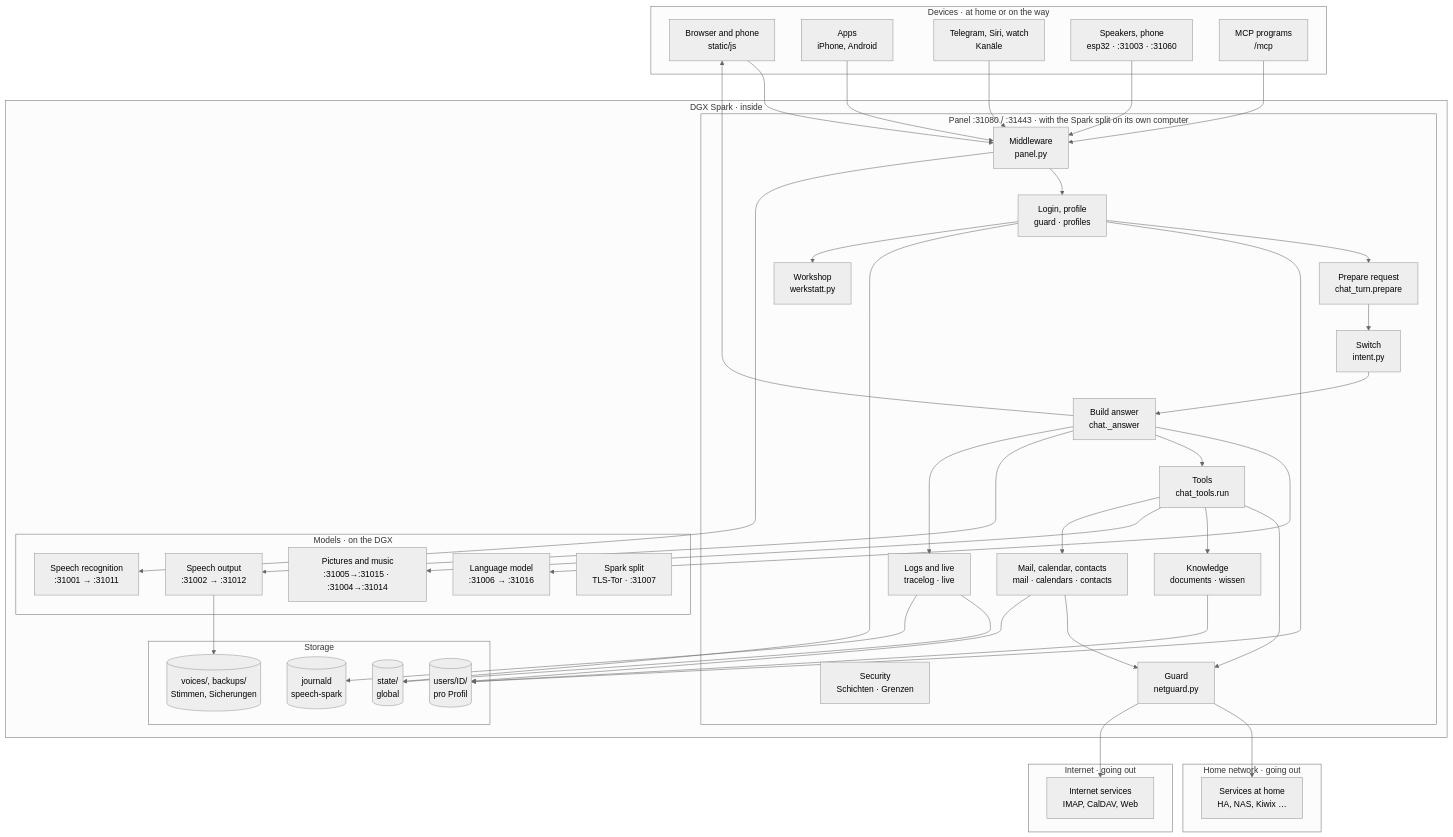
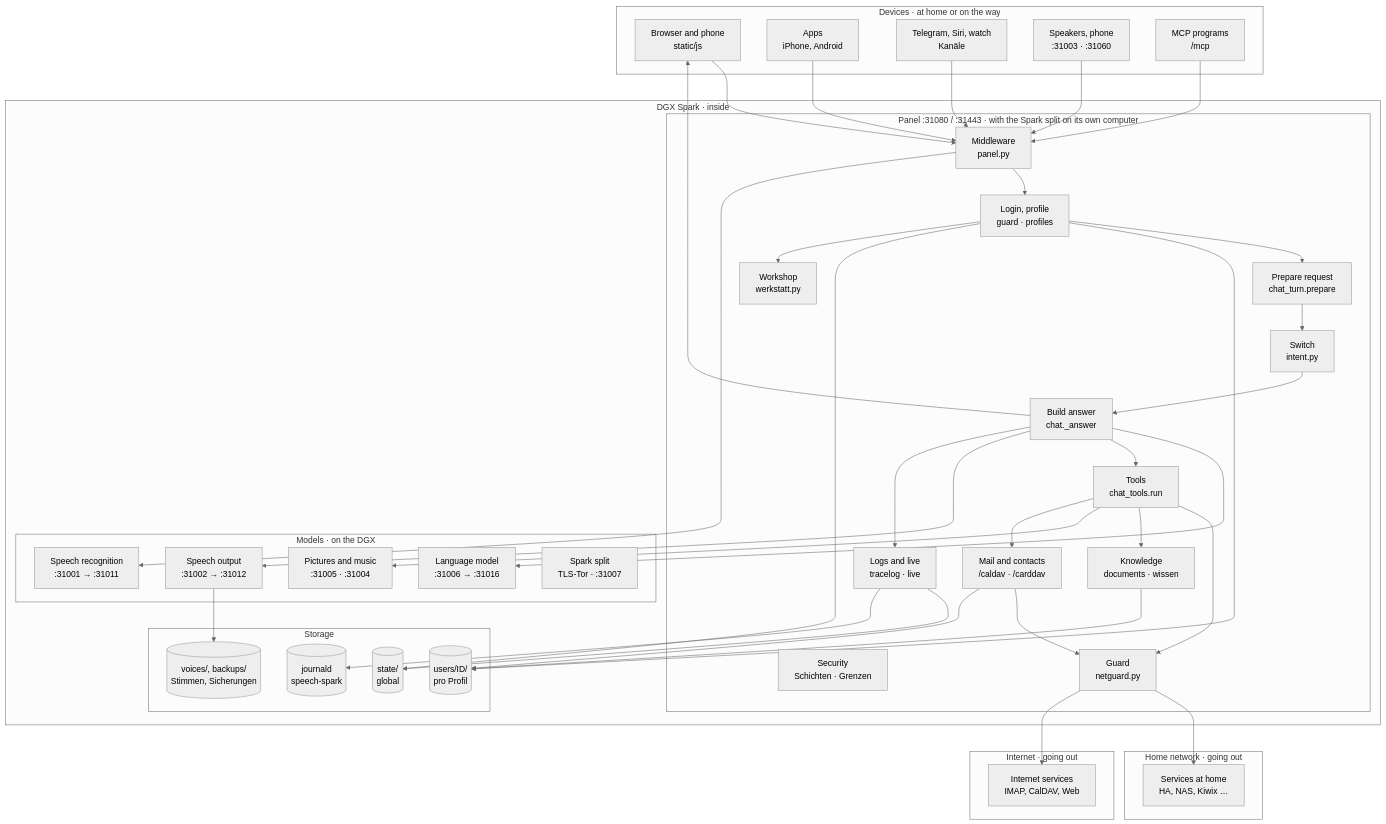
The first of 29 diagrams in docs/en/architecture.md (db9979/speech-on-dgx-spark), drawn with Mermaid (neutral theme) before and after one commit. The commit also changed other lines of this file and 11 other files, not shown here.

````diff
--- a/docs/en/architecture.md
+++ b/docs/en/architecture.md
@@ -16,75 +16,75 @@
 ```mermaid
 flowchart TB
   subgraph z_geraete["Devices · at home or on the way"]
     geraet["Browser and phone<br/>static/js"]
     apps["Apps<br/>iPhone, Android"]
     kanaele["Telegram, Siri, watch<br/>Kanäle"]
-    lautsprecher["Speakers, phone<br/>esp32 · :31003 · :31060"]
+    lautsprecher["Speakers, phone<br/>:31003 · :31060"]
     mcpc["MCP programs<br/>/mcp"]
   end
   subgraph z_spark["DGX Spark · inside"]
     subgraph z_panel["Panel :31080 / :31443 · with the Spark split on its own computer"]
       middleware["Middleware<br/>panel.py"]
       sicherheit["Security<br/>Schichten · Grenzen"]
       zugang["Login, profile<br/>guard · profiles"]
       vorbereiten["Prepare request<br/>chat_turn.prepare"]
       weiche["Switch<br/>intent.py"]
       antwort["Build answer<br/>chat._answer"]
       werkzeuge["Tools<br/>chat_tools.run"]
       wissen["Knowledge<br/>documents · wissen"]
       waechter["Guard<br/>netguard.py"]
       betrieb["Logs and live<br/>tracelog · live"]
       werkstatt["Workshop<br/>werkstatt.py"]
-      post["Mail, calendar, contacts<br/>mail · calendars · contacts"]
+      post["Mail and contacts<br/>/caldav · /carddav"]
     end
     subgraph z_modelle["Models · on the DGX"]
       llm["Language model<br/>:31006 → :31016"]
       asr["Speech recognition<br/>:31001 → :31011"]
       tts["Speech output<br/>:31002 → :31012"]
-      bild["Pictures and music<br/>:31005→:31015 · :31004→:31014"]
+      bild["Pictures and music<br/>:31005 · :31004"]
       teilen["Spark split<br/>TLS-Tor · :31007"]
     end
     subgraph z_speicher["Storage"]
       state[("state/<br/>global")]
       users[("users/ID/<br/>pro Profil")]
       ablage[("voices/, backups/<br/>Stimmen, Sicherungen")]
       journal[("journald<br/>speech-spark")]
     end
   end
   subgraph z_heimnetz["Home network · going out"]
     aussen["Services at home<br/>HA, NAS, Kiwix …"]
   end
   subgraph z_internet["Internet · going out"]
     internet["Internet services<br/>IMAP, CalDAV, Web"]
   end
   geraet --> middleware
   apps --> middleware
   kanaele --> middleware
   lautsprecher --> middleware
   mcpc --> middleware
   middleware --> zugang
   middleware --> asr
   zugang --> vorbereiten
   vorbereiten --> weiche
   weiche --> antwort
   antwort --> llm
   antwort --> werkzeuge
   werkzeuge --> waechter
   waechter --> aussen
   waechter --> internet
   werkzeuge --> wissen
   antwort --> tts
   werkzeuge --> bild
   antwort --> geraet
   antwort --> betrieb
   betrieb --> state
   betrieb --> journal
   wissen --> users
   zugang --> users
   zugang --> state
   tts --> ablage
   zugang --> werkstatt
   werkzeuge --> post
   post --> waechter
   post --> users
 ```
````
